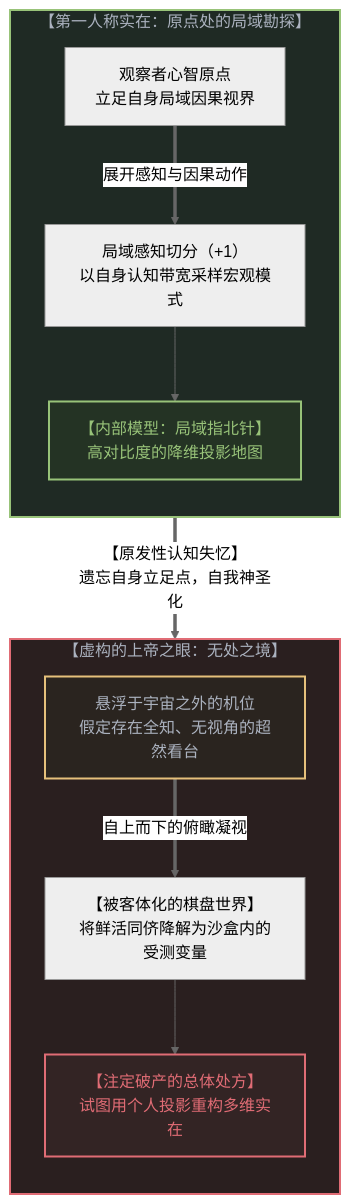
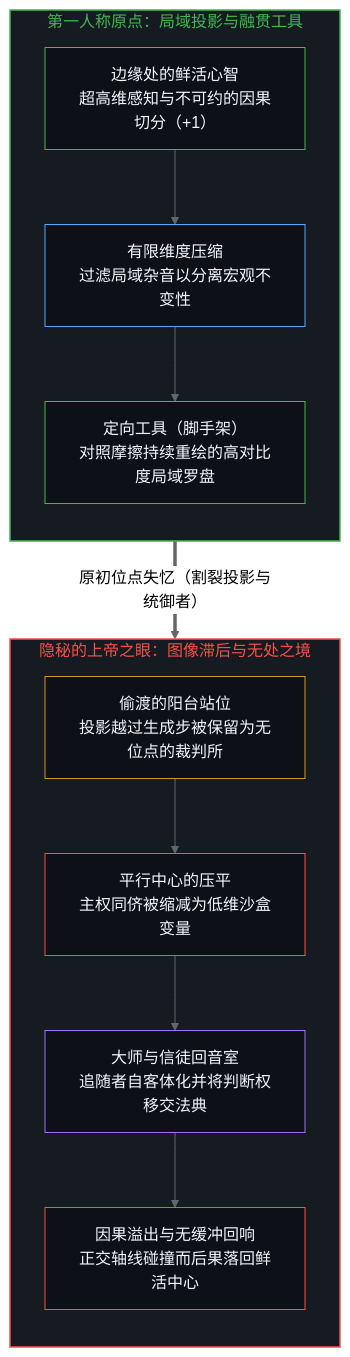
The first of 2 diagrams in content/posts/the-invisible-gods-eye.md (powerpig99/not-a-toe), drawn with Mermaid (neutral theme) before and after one commit. The commit also changed other lines of this file and 1 other file, not shown here.

Commit message:
Refine L2 #155: the-invisible-gods-eye (Wave 3)

````diff
--- a/content/posts/the-invisible-gods-eye.md
+++ b/content/posts/the-invisible-gods-eye.md
@@ -87,30 +35,31 @@
 ```mermaid
-graph TD
-    subgraph GroundReality["【第一人称实在：原点处的局域勘探】"]
+flowchart TD
+    subgraph S_Origin["第一人称原点：局域投影与融贯工具"]
         direction TB
-        ObserverNode["观察者心智原点<br>立足自身局域因果视界"]
-        LocalHorizon["局域感知切分（+1）<br>以自身认知带宽采样宏观模式"]
-        ModelCompass["【内部模型：局域指北针】<br>高对比度的降维投影地图"]
-
-        ObserverNode ==>|"展开感知与因果动作"| LocalHorizon
-        LocalHorizon --> ModelCompass
+        O_Mind["边缘处的鲜活心智<br/>超高维感知与不可约的因果切分（+1）"]
+        O_Comp["有限维度压缩<br/>过滤局域杂音以分离宏观不变性"]
+        O_Tool["定向工具（脚手架）<br/>对照摩擦持续重绘的高对比度局域罗盘"]
+        O_Mind --> O_Comp --> O_Tool
     end
 
-    GroundReality ==>|"【原发性认知失忆】<br>遗忘自身立足点，自我神圣化"| FloatingEye
-
-    subgraph FloatingEye["【虚构的上帝之眼：无处之境】"]
+    subgraph S_Inversion["隐秘的上帝之眼：图像滞后与无处之境"]
         direction TB
-        GodVantage["悬浮于宇宙之外的机位<br>假定存在全知、无视角的超然看台"]
-        PawnField["【被客体化的棋盘世界】<br>将鲜活同侪降解为沙盒内的受测变量"]
-        Prescription["【注定破产的总体处方】<br>试图用个人投影重构多维实在"]
-
-        GodVantage ==>|"自上而下的俯瞰凝视"| PawnField
-        PawnField --> Prescription
+        I_Balcony["偷渡的阳台站位<br/>投影越过生成步被保留为无位点的裁判所"]
+        I_Flatten["平行中心的压平<br/>主权同侪被缩减为低维沙盒变量"]
+        I_Echo["大师与信徒回音室<br/>追随者自客体化并将判断权移交法典"]
+        I_Recoil["因果溢出与无缓冲回响<br/>正交轴线碰撞而后果落回鲜活中心"]
+        I_Balcony --> I_Flatten --> I_Echo --> I_Recoil
     end
 
-    style GroundReality fill:#1f2a24,stroke:#98c379,stroke-width:2px,color:#abb2bf
-    style FloatingEye fill:#2a1f1f,stroke:#e06c75,stroke-width:2px,color:#abb2bf
-    style ModelCompass fill:#243324,stroke:#98c379,stroke-width:2px,color:#98c379
-    style Prescription fill:#332424,stroke:#e06c75,stroke-width:2px,color:#e06c75
-    style GodVantage fill:#2a241f,stroke:#e5c07b,stroke-width:2px,color:#abb2bf
+    O_Tool ==>|"原初位点失忆（割裂投影与统御者）"| I_Balcony
+
+    style S_Origin fill:#161b22,stroke:#3fb950,stroke-width:1.5px,color:#3fb950
+    style S_Inversion fill:#161b22,stroke:#f85149,stroke-width:1.5px,color:#f85149
+    style O_Mind fill:#0d1117,stroke:#3fb950,stroke-width:1px,color:#f0f6fc
+    style O_Comp fill:#0d1117,stroke:#58a6ff,stroke-width:1px,color:#f0f6fc
+    style O_Tool fill:#0d1117,stroke:#3fb950,stroke-width:1px,color:#f0f6fc
+    style I_Balcony fill:#0d1117,stroke:#d29922,stroke-width:1px,color:#f0f6fc
+    style I_Flatten fill:#0d1117,stroke:#f85149,stroke-width:1px,color:#f0f6fc
+    style I_Echo fill:#0d1117,stroke:#a371f7,stroke-width:1px,color:#f0f6fc
+    style I_Recoil fill:#0d1117,stroke:#f85149,stroke-width:1px,color:#f0f6fc
 ```
````
